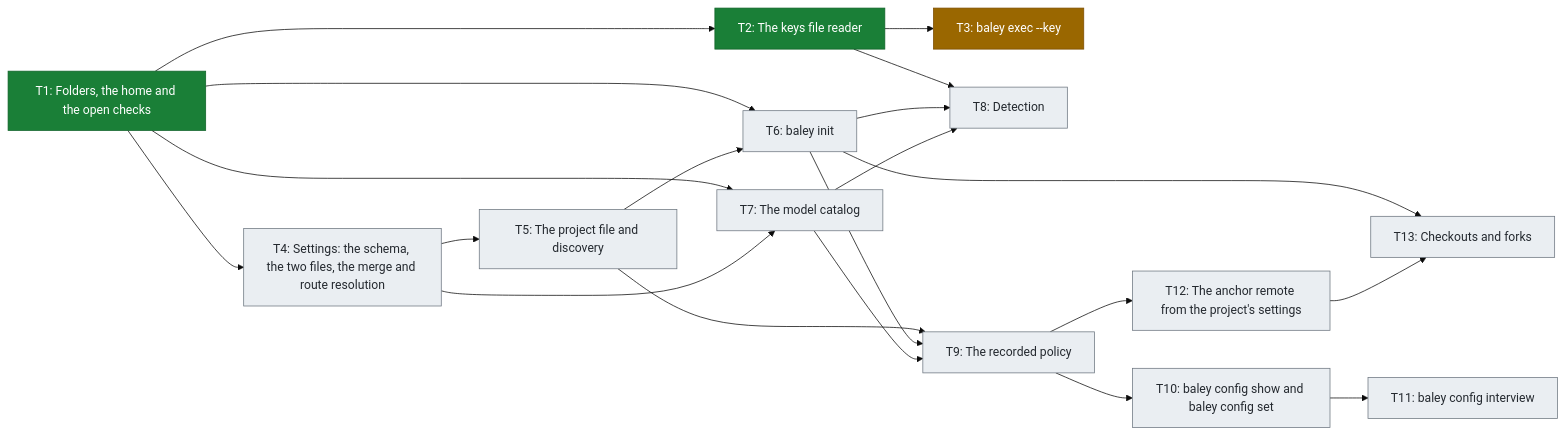
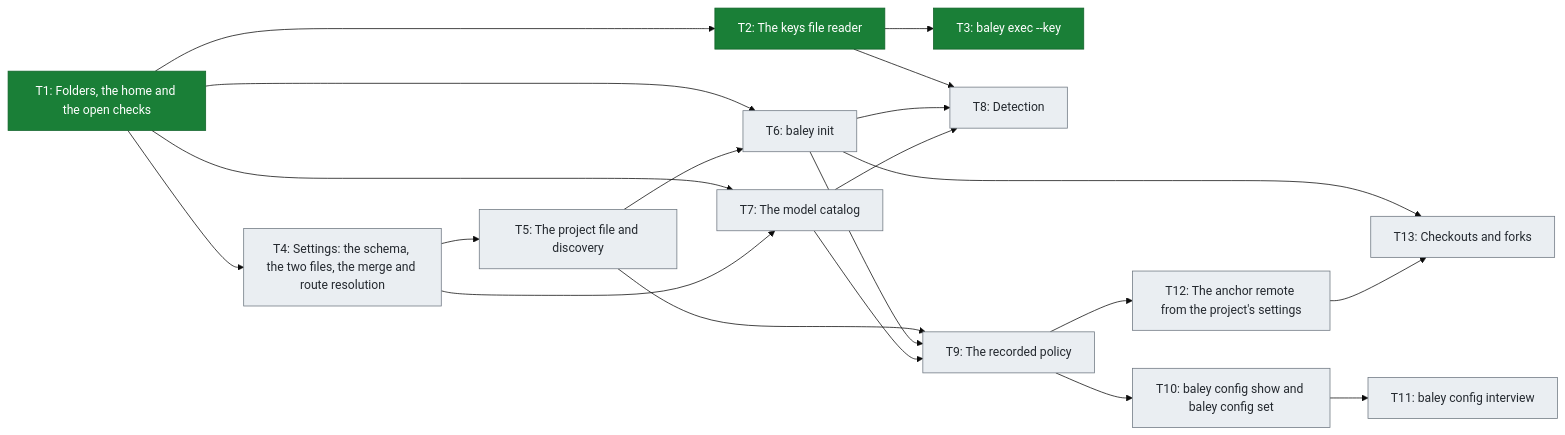
The third of 3 diagrams in docs/roadmap.md (crenshawdev/baley), drawn with Mermaid (base theme) before and after one commit. The commit also changed other lines of this file, not shown here.

Commit message:
docs(roadmap): mark Build 2 T3 merged
T3 landed in #154.

````diff
--- a/docs/roadmap.md
+++ b/docs/roadmap.md
@@ -100,43 +100,41 @@
 ```mermaid
 flowchart LR
     T1["T1: Folders, the home and the open checks"]
     T2["T2: The keys file reader"]
     T3["T3: baley exec --key"]
     T4["T4: Settings: the schema, the two files, the merge and route resolution"]
     T5["T5: The project file and discovery"]
     T6["T6: baley init"]
     T7["T7: The model catalog"]
     T8["T8: Detection"]
     T9["T9: The recorded policy"]
     T10["T10: baley config show and baley config set"]
     T11["T11: baley config interview"]
     T12["T12: The anchor remote from the project's settings"]
     T13["T13: Checkouts and forks"]
 
     T1 --> T2
     T1 --> T4
     T1 --> T6
     T1 --> T7
     T2 --> T3
     T2 --> T8
     T4 --> T5
     T4 --> T7
     T5 --> T6
     T5 --> T9
     T6 --> T8
     T6 --> T9
     T6 --> T13
     T7 --> T8
     T7 --> T9
     T9 --> T10
     T9 --> T12
     T10 --> T11
     T12 --> T13
 
     classDef done fill:#1a7f37,stroke:#116329,color:#ffffff
     classDef planned fill:#eaeef2,stroke:#6e7781,color:#24292f
-    classDef progress fill:#9a6700,stroke:#7d4e00,color:#ffffff
-    class T1,T2 done
-    class T3 progress
+    class T1,T2,T3 done
     class T4,T5,T6,T7,T8,T9,T10,T11,T12,T13 planned
 ```
````
